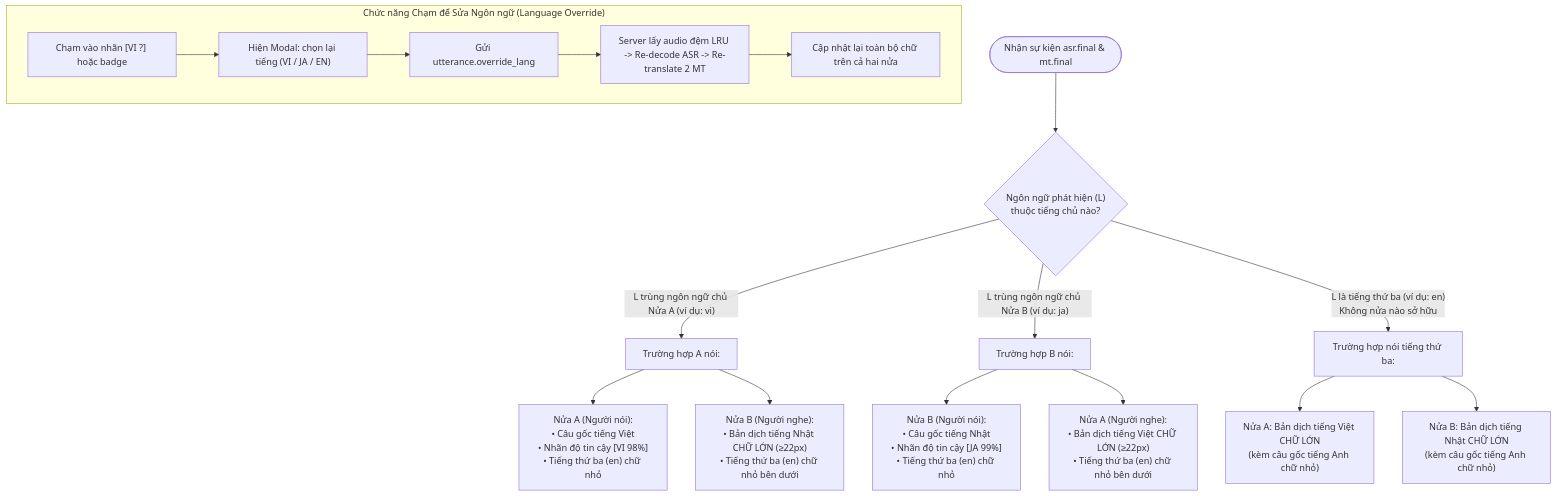
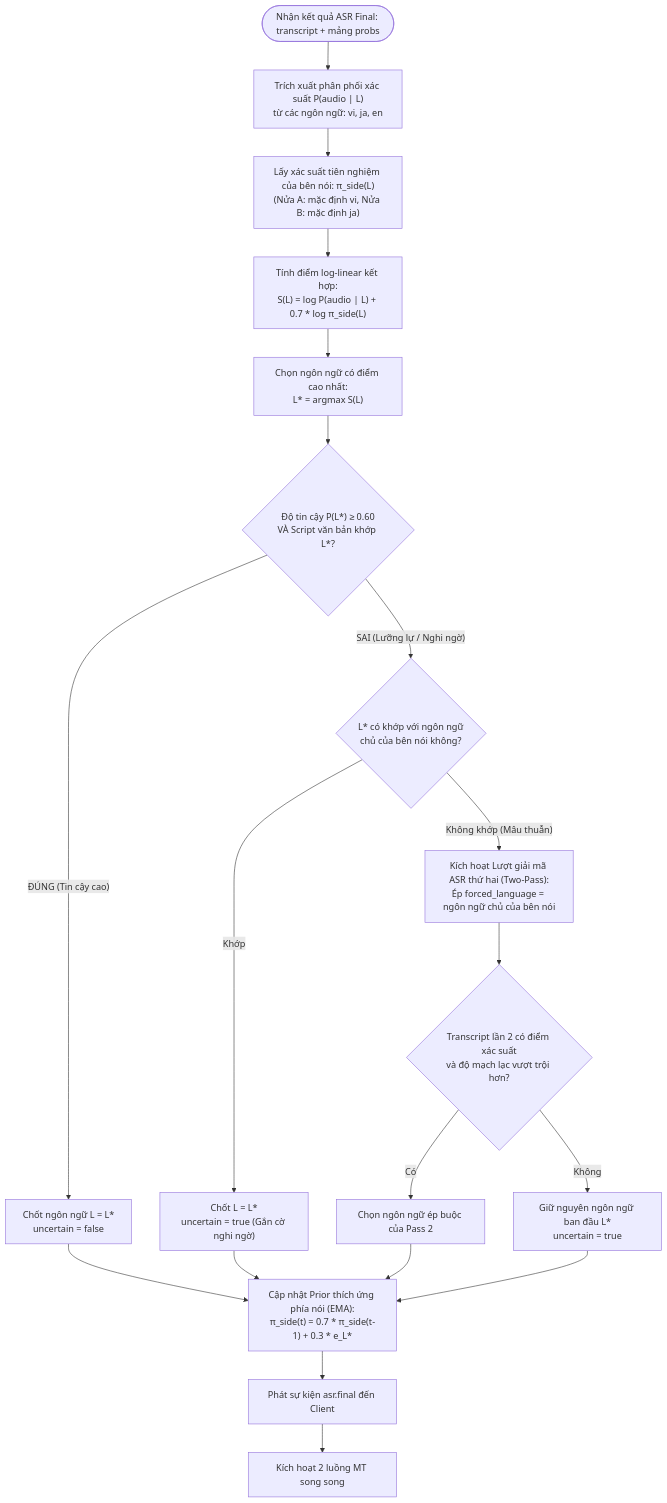
Before and after one commit to superken-python/ai-architecture: the fourth of 6 diagrams in projects/realtime-voice-translate/docs/03-technical-details-design.md, drawn with Mermaid. The commit also changed other lines of this file and 7 other files, not shown here.

````diff
--- a/projects/realtime-voice-translate/docs/03-technical-details-design.md
+++ b/projects/realtime-voice-translate/docs/03-technical-details-design.md
@@ -285,23 +278,35 @@
 ```mermaid
 flowchart TD
-    START(["Nhận sự kiện asr.final & mt.final"]) --> CHECK_LANG{"Ngôn ngữ phát hiện (L)<br/>thuộc tiếng chủ nào?"}
-
-    CHECK_LANG -- "L trùng ngôn ngữ chủ Nửa A (ví dụ: vi)" --> CASE_A["Trường hợp A nói:"]
-    CASE_A --> DISP_A1["Nửa A (Người nói):<br/>• Câu gốc tiếng Việt<br/>• Nhãn độ tin cậy [VI 98%]<br/>• Tiếng thứ ba (en) chữ nhỏ"]
-    CASE_A --> DISP_B1["Nửa B (Người nghe):<br/>• Bản dịch tiếng Nhật CHỮ LỚN (≥22px)<br/>• Tiếng thứ ba (en) chữ nhỏ bên dưới"]
-
-    CHECK_LANG -- "L trùng ngôn ngữ chủ Nửa B (ví dụ: ja)" --> CASE_B["Trường hợp B nói:"]
-    CASE_B --> DISP_B2["Nửa B (Người nói):<br/>• Câu gốc tiếng Nhật<br/>• Nhãn độ tin cậy [JA 99%]<br/>• Tiếng thứ ba (en) chữ nhỏ"]
-    CASE_B --> DISP_A2["Nửa A (Người nghe):<br/>• Bản dịch tiếng Việt CHỮ LỚN (≥22px)<br/>• Tiếng thứ ba (en) chữ nhỏ bên dưới"]
-
-    CHECK_LANG -- "L là tiếng thứ ba (ví dụ: en)<br/>Không nửa nào sở hữu" --> CASE_C["Trường hợp nói tiếng thứ ba:"]
-    CASE_C --> DISP_A3["Nửa A: Bản dịch tiếng Việt CHỮ LỚN<br/>(kèm câu gốc tiếng Anh chữ nhỏ)"]
-    CASE_C --> DISP_B3["Nửa B: Bản dịch tiếng Nhật CHỮ LỚN<br/>(kèm câu gốc tiếng Anh chữ nhỏ)"]
-
-    subgraph OVERRIDE["Chức năng Chạm để Sửa Ngôn ngữ (Language Override)"]
-        TAP["Chạm vào nhãn [VI ?] hoặc badge"] --> MODAL["Hiện Modal: chọn lại tiếng (VI / JA / EN)"]
-        MODAL --> SEND_OVERRIDE["Gửi utterance.override_lang"]
-        SEND_OVERRIDE --> RE_ASR["Server lấy audio đệm LRU -> Re-decode ASR -> Re-translate 2 MT"]
-        RE_ASR --> UPDATE_UI["Cập nhật lại toàn bộ chữ trên cả hai nửa"]
-    end
+    START(["Nhận kết quả ASR Final: transcript + mảng probs"]) --> EXTRACT["Trích xuất phân phối xác suất P(audio | L)<br/>từ các ngôn ngữ: vi, ja, en"]
+    
+    EXTRACT --> PRIOR["Lấy xác suất tiên nghiệm của bên nói: π_side(L)<br/>(Nửa A: mặc định vi, Nửa B: mặc định ja)"]
+    
+    PRIOR --> BAYES["Tính điểm log-linear kết hợp:<br/>S(L) = log P(audio | L) + 0.7 * log π_side(L)"]
+    
+    BAYES --> ARGMAX["Chọn ngôn ngữ có điểm cao nhất:<br/>L* = argmax S(L)"]
+    
+    ARGMAX --> COND1{"Độ tin cậy P(L*) ≥ 0.60<br/>VÀ Script văn bản khớp L*?"}
+    
+    COND1 -- "ĐÚNG (Tin cậy cao)" --> COMMIT["Chốt ngôn ngữ L = L*<br/>uncertain = false"]
+    
+    COND1 -- "SAI (Lưỡng lự / Nghi ngờ)" --> COND2{"L* có khớp với ngôn ngữ<br/>chủ của bên nói không?"}
+    
+    COND2 -- "Khớp" --> COMMIT_UNCERTAIN["Chốt L = L*<br/>uncertain = true (Gắn cờ nghi ngờ)"]
+    
+    COND2 -- "Không khớp (Mâu thuẫn)" --> TWOPASS["Kích hoạt Lượt giải mã ASR thứ hai (Two-Pass):<br/>Ép forced_language = ngôn ngữ chủ của bên nói"]
+    
+    TWOPASS --> COMPARE{"Transcript lần 2 có điểm xác suất<br/>và độ mạch lạc vượt trội hơn?"}
+    
+    COMPARE -- "Có" --> USE_PASS2["Chọn ngôn ngữ ép buộc của Pass 2"]
+    COMPARE -- "Không" --> USE_PASS1["Giữ nguyên ngôn ngữ ban đầu L*<br/>uncertain = true"]
+    
+    USE_PASS2 --> COMMIT_DONE
+    USE_PASS1 --> COMMIT_DONE
+    COMMIT --> COMMIT_DONE
+    COMMIT_UNCERTAIN --> COMMIT_DONE
+    
+    COMMIT_DONE["Cập nhật Prior thích ứng phía nói (EMA):<br/>π_side(t) = 0.7 * π_side(t-1) + 0.3 * e_L*"]
+    
+    COMMIT_DONE --> EMIT_ASR["Phát sự kiện asr.final đến Client"]
+    EMIT_ASR --> TRIGGER_MT["Kích hoạt 2 luồng MT song song"]
 ```
````
